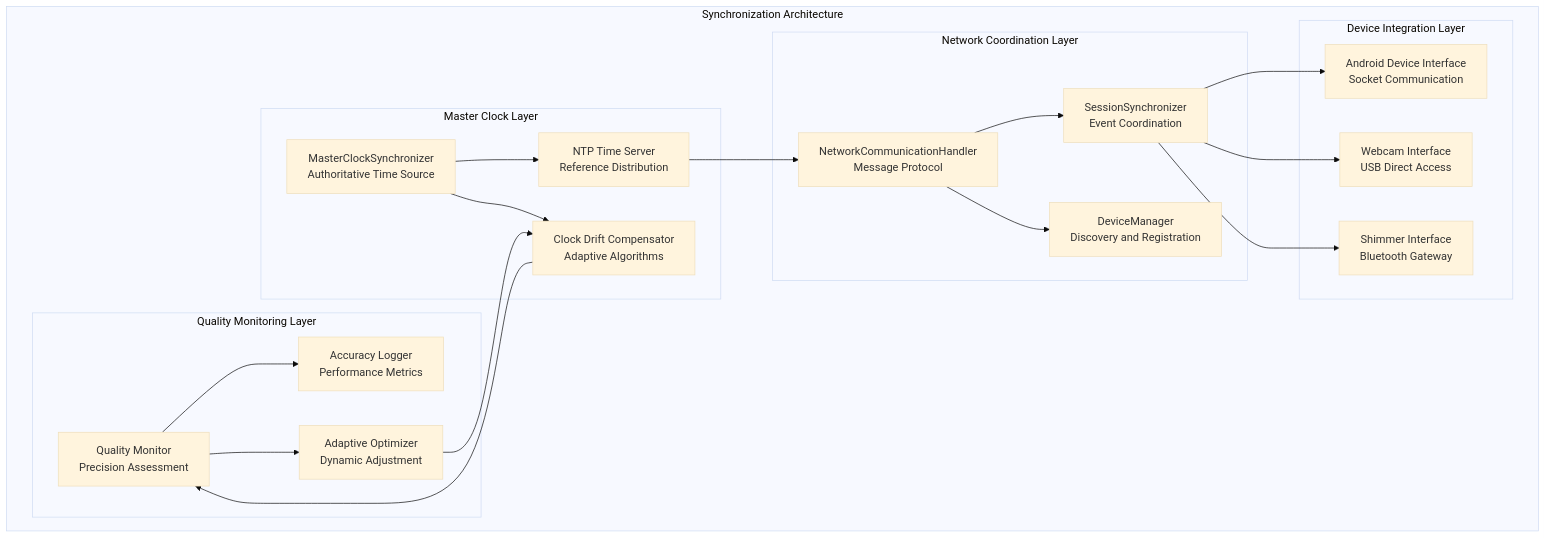
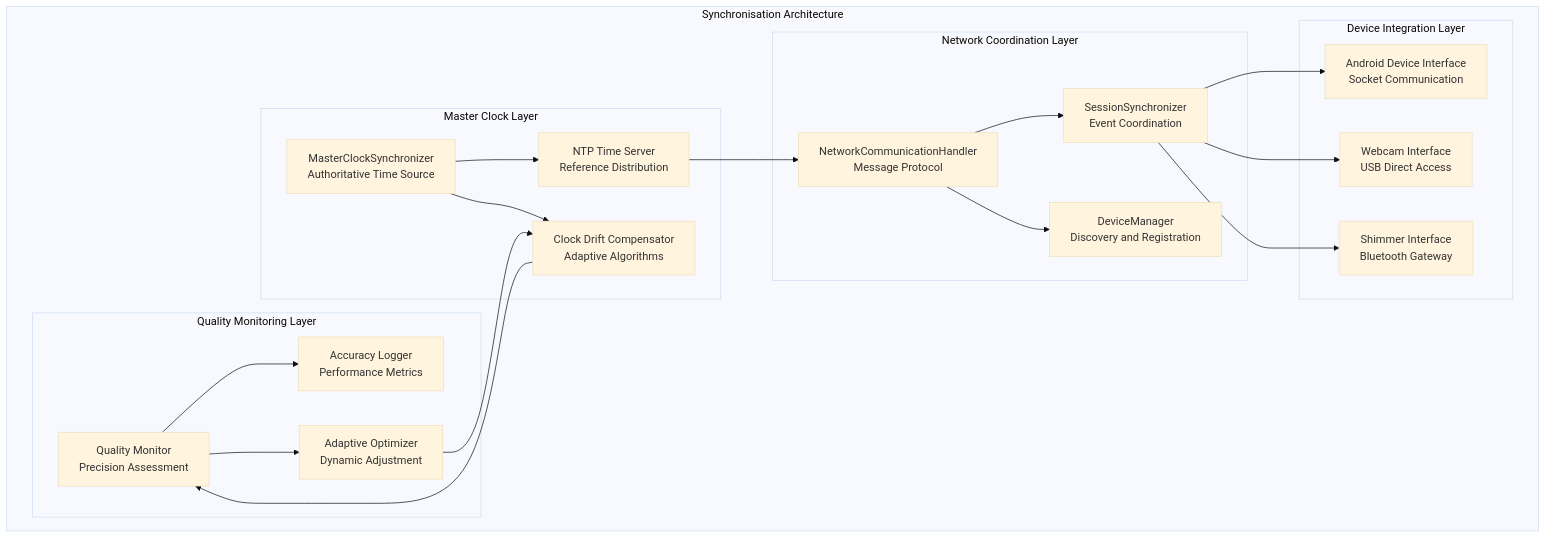
One commit to buccancs/fyp-multi-sensor-recording-system changed the first of 2 diagrams in docs/module_deep_dive/multi_device_synchronization_readme.md. Above: the diagram before and after it, drawn with Mermaid (base theme). The commit also changed other lines of this file and 56 other files, not shown here.

````diff
--- a/docs/module_deep_dive/multi_device_synchronization_readme.md
+++ b/docs/module_deep_dive/multi_device_synchronization_readme.md
@@ -74,41 +74,41 @@
 ```mermaid
 graph TB
-    subgraph "Synchronization Architecture"
+    subgraph "Synchronisation Architecture"
         subgraph "Master Clock Layer"
             MCS[MasterClockSynchronizer<br/>Authoritative Time Source]
             NTP[NTP Time Server<br/>Reference Distribution]
             CDC[Clock Drift Compensator<br/>Adaptive Algorithms]
         end
 
         subgraph "Network Coordination Layer"
             NCH[NetworkCommunicationHandler<br/>Message Protocol]
             SS[SessionSynchronizer<br/>Event Coordination]
             DM[DeviceManager<br/>Discovery and Registration]
         end
 
         subgraph "Device Integration Layer"
             ADI[Android Device Interface<br/>Socket Communication]
             WCI[Webcam Interface<br/>USB Direct Access]
             SSI[Shimmer Interface<br/>Bluetooth Gateway]
         end
 
         subgraph "Quality Monitoring Layer"
             QM[Quality Monitor<br/>Precision Assessment]
             AL[Accuracy Logger<br/>Performance Metrics]
             AO[Adaptive Optimizer<br/>Dynamic Adjustment]
         end
     end
 
     MCS --> NTP
     MCS --> CDC
     NTP --> NCH
     CDC --> QM
     NCH --> SS
     NCH --> DM
     SS --> ADI
     SS --> WCI
     SS --> SSI
     QM --> AL
     QM --> AO
     AO --> CDC
 ```
````
